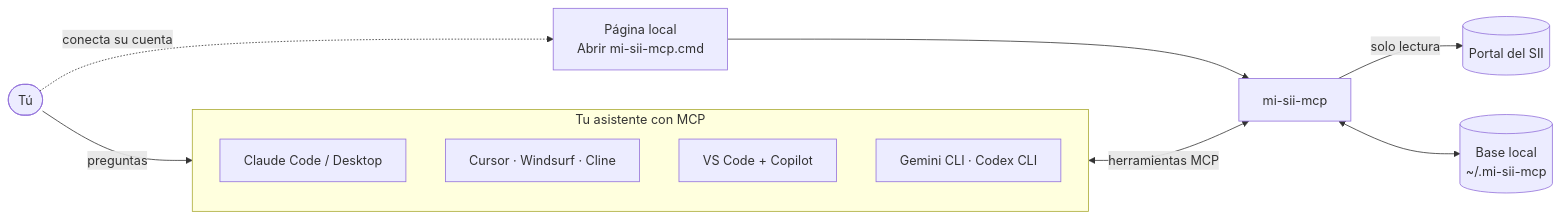
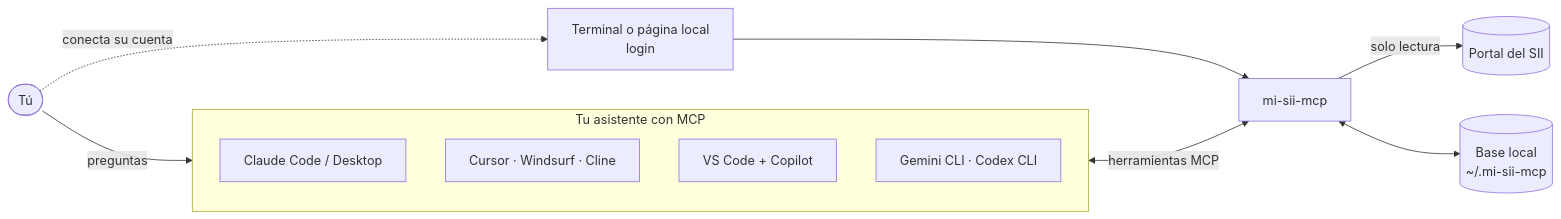
One commit to Taksuma-0/mi-sii-mcp changed the diagram in README.md. Above: the diagram before and after it, drawn with Mermaid. The commit also changed other lines of this file and 11 other files, not shown here.

````diff
--- a/README.md
+++ b/README.md
@@ -120,16 +123,16 @@
 ```mermaid
 flowchart LR
     P([Tú]) -- preguntas --> A
     subgraph A [Tu asistente con MCP]
         direction TB
         A1[Claude Code / Desktop]
         A2[Cursor · Windsurf · Cline]
         A3[VS Code + Copilot]
         A4[Gemini CLI · Codex CLI]
     end
     A <-- herramientas MCP --> M[mi-sii-mcp]
     M -- solo lectura --> S[(Portal del SII)]
     M <--> D[(Base local<br/>~/.mi-sii-mcp)]
-    P -. conecta su cuenta .-> W[Página local<br/>Abrir mi-sii-mcp.cmd]
+    P -. conecta su cuenta .-> W[Terminal o página local<br/>login]
     W --> M
 ```
````
